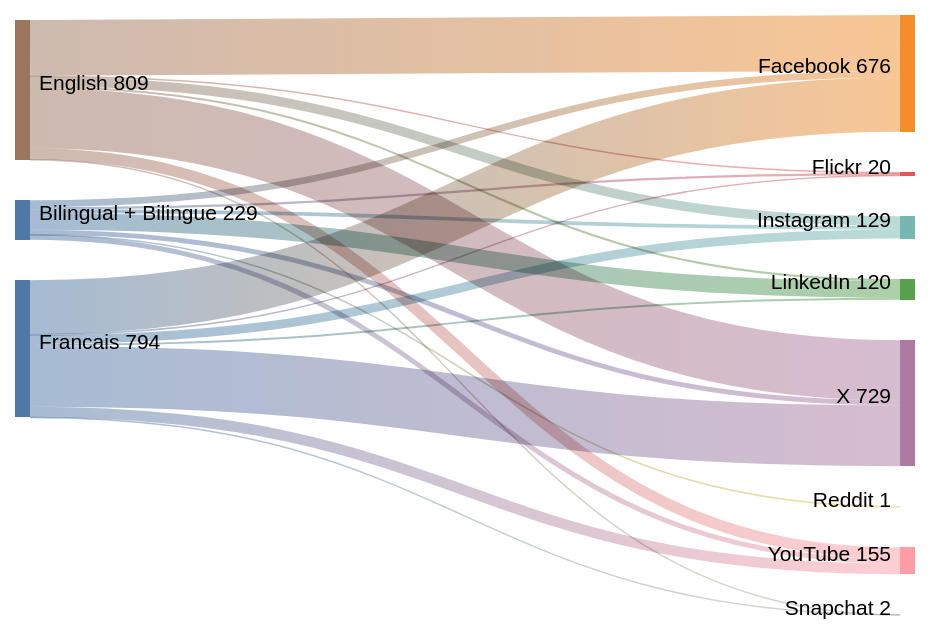
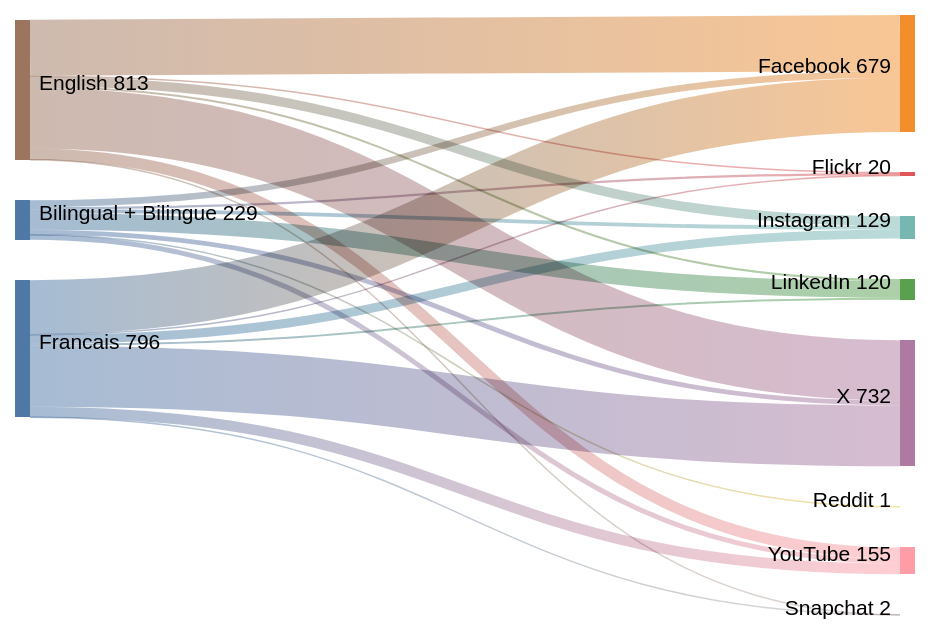
Before and after one commit to PatLittle/GC-Socials: the diagram in sankey_diagram.md, drawn with Mermaid (neutral theme).

Commit message:
Update Sankey diagram for the most recent day

````diff
--- a/sankey_diagram.md
+++ b/sankey_diagram.md
@@ -1,24 +1,24 @@
 ```mermaid
 sankey-beta
   Bilingual + Bilingue,Facebook,39
   Bilingual + Bilingue,Flickr,13
   Bilingual + Bilingue,Instagram,22
   Bilingual + Bilingue,LinkedIn,97
   Bilingual + Bilingue,Reddit,1
   Bilingual + Bilingue,X,28
   Bilingual + Bilingue,YouTube,29
-  English,Facebook,323
+  English,Facebook,325
   English,Flickr,4
   English,Instagram,55
   English,LinkedIn,12
   English,Snapchat,1
-  English,X,349
+  English,X,351
   English,YouTube,65
-  Francais,Facebook,314
+  Francais,Facebook,315
   Francais,Flickr,3
   Francais,Instagram,52
   Francais,LinkedIn,11
   Francais,Snapchat,1
-  Francais,X,352
+  Francais,X,353
   Francais,YouTube,61
 ```
````
